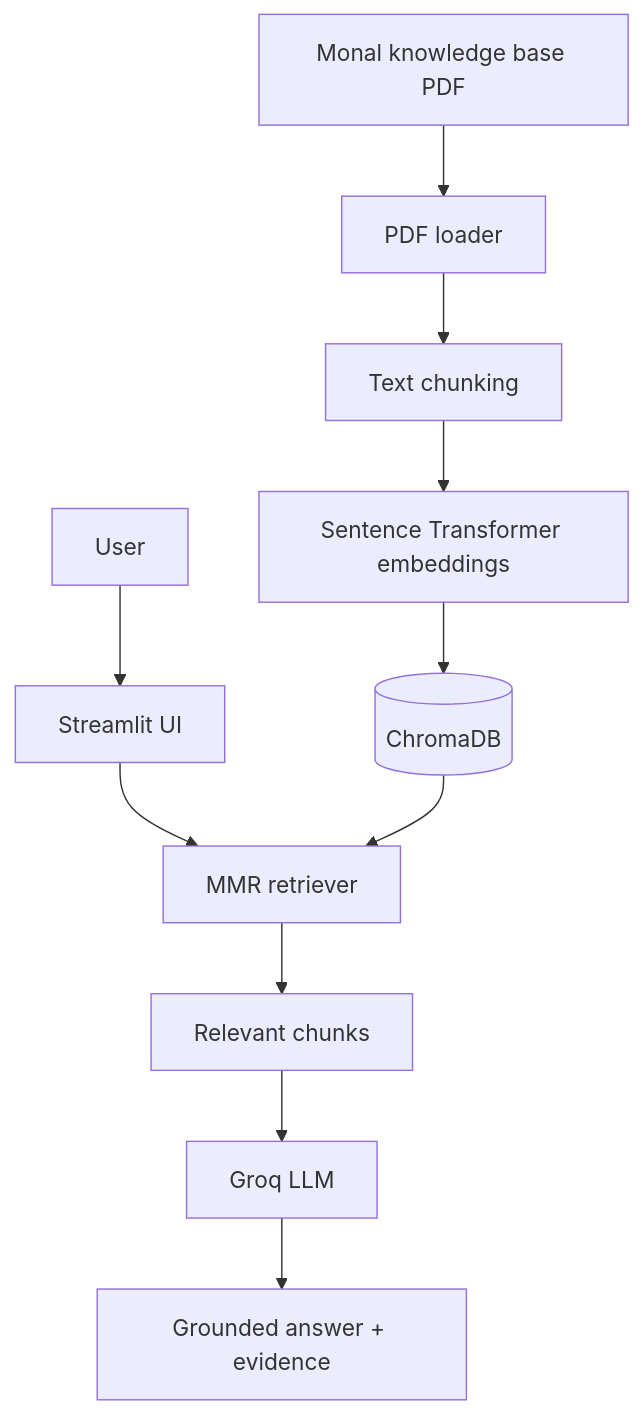
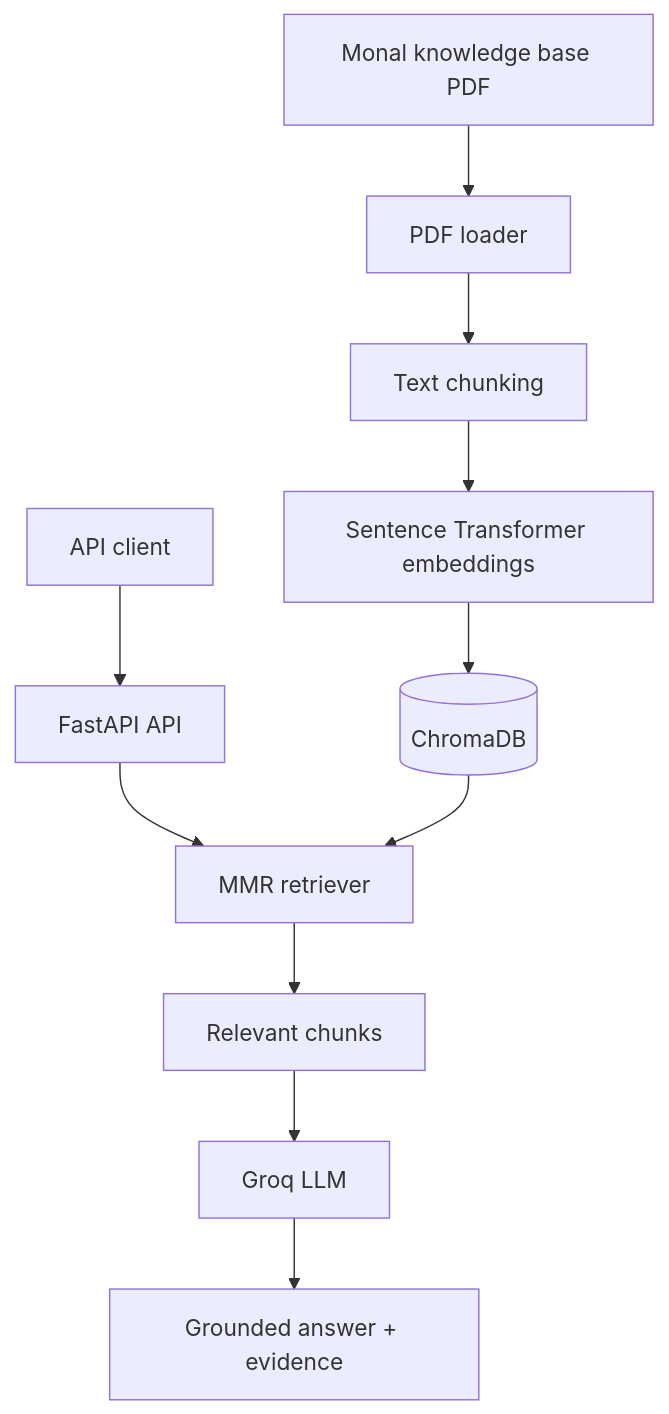
The diagram in ARCHITECTURE.md (hamzaAhmad12/monal-chatbot1), drawn with Mermaid before and after one commit. The commit also changed other lines of this file and 8 other files, not shown here.

Commit message:
replace streamlit with railway api

````diff
--- a/ARCHITECTURE.md
+++ b/ARCHITECTURE.md
@@ -3,13 +3,13 @@
 ```mermaid
 flowchart TD
     PDF[Monal knowledge base PDF] --> LOAD[PDF loader]
     LOAD --> SPLIT[Text chunking]
     SPLIT --> EMBED[Sentence Transformer embeddings]
     EMBED --> DB[(ChromaDB)]
-    USER[User] --> UI[Streamlit UI]
-    UI --> RETRIEVE[MMR retriever]
+    USER[API client] --> API[FastAPI API]
+    API --> RETRIEVE[MMR retriever]
     DB --> RETRIEVE
     RETRIEVE --> CONTEXT[Relevant chunks]
     CONTEXT --> LLM[Groq LLM]
     LLM --> ANSWER[Grounded answer + evidence]
 ```
````
